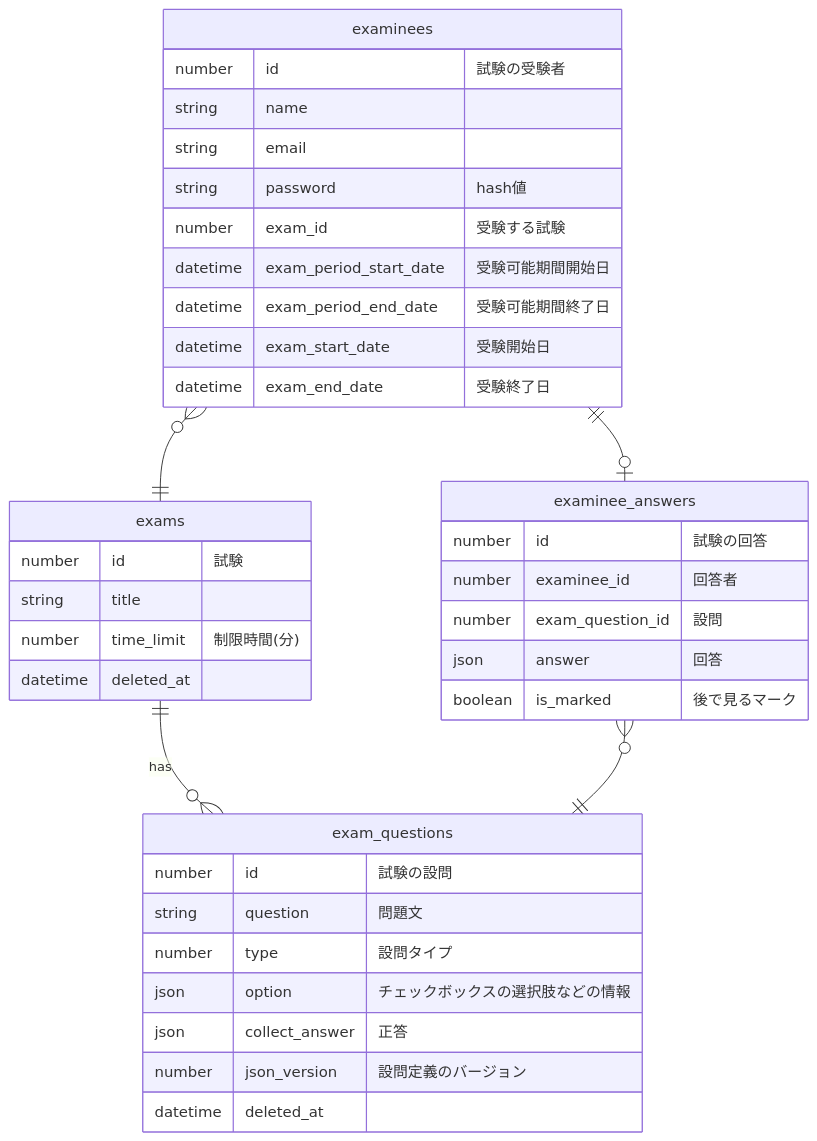
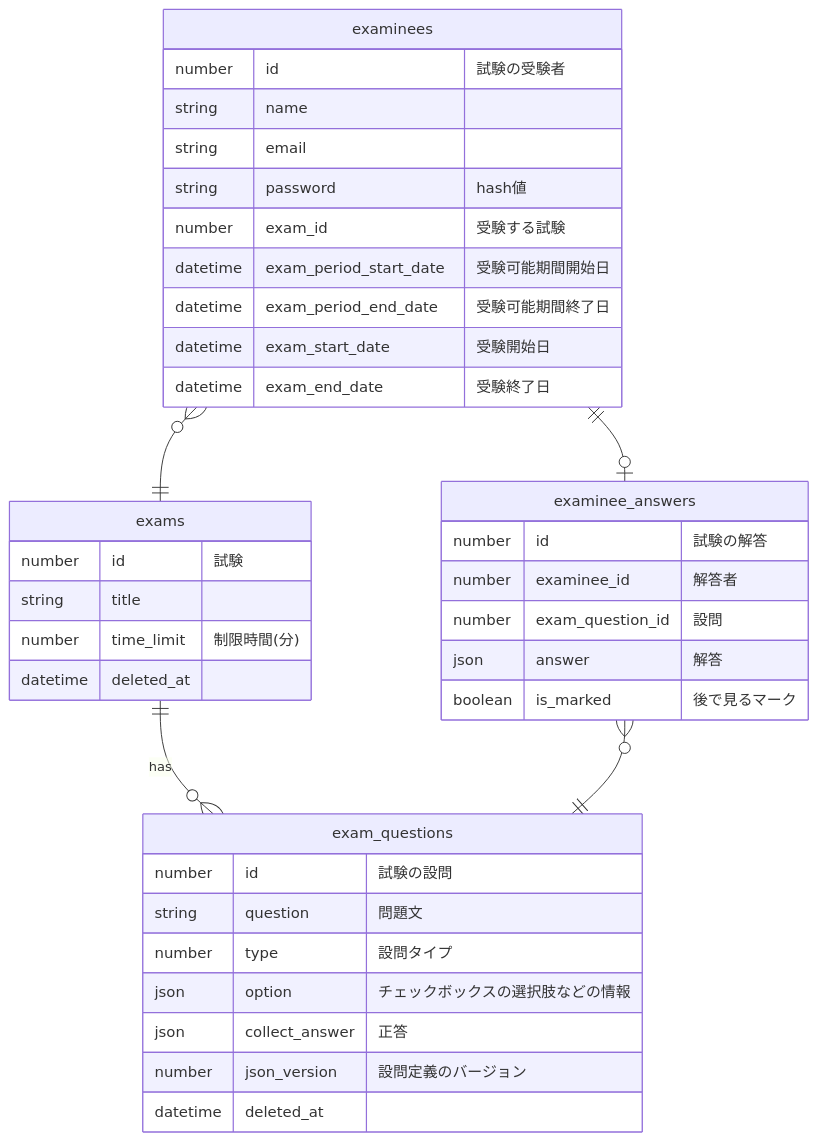
The diagram in doc/ER図.md (Nagisa-Ishikawa/AptitudeQuizMaster), drawn with Mermaid before and after one commit. The commit also changed 2 other files, not shown here.

Commit message:
ログイン機能 ダミーではなくdb見るように修正

````diff
--- a/doc/ER図.md
+++ b/doc/ER図.md
@@ -27,43 +27,43 @@
 ```mermaid
 erDiagram
 	examinees {
 		number id "試験の受験者"
 		string name
 		string email
 		string password "hash値"
 		number exam_id "受験する試験"
 		datetime exam_period_start_date "受験可能期間開始日"
 		datetime exam_period_end_date　"受験可能期間終了日"
 		datetime exam_start_date "受験開始日"
 		datetime exam_end_date "受験終了日"
 	}
 	examinee_answers {
-		number id "試験の回答"
-		number examinee_id "回答者"
+		number id "試験の解答"
+		number examinee_id "解答者"
 		number exam_question_id "設問"
-		json answer "回答"
+		json answer "解答"
 		boolean is_marked "後で見るマーク"
 	}
 	exams {
 		number id "試験"
 		string title
 		number time_limit "制限時間(分)"
 		datetime deleted_at
 	}
 	exam_questions {
 		number id "試験の設問"
 		string question "問題文"
 		number type "設問タイプ"
 		json option "チェックボックスの選択肢などの情報"
 		json collect_answer "正答"
 		number json_version "設問定義のバージョン"
 		datetime deleted_at
 	}
 
 	examinees }o--|| exams : ""
 	examinees ||--o| examinee_answers: ""
 	exams ||--o{ exam_questions : "has"
 	examinee_answers }o--|| exam_questions : ""
 	
 
 ```
````
